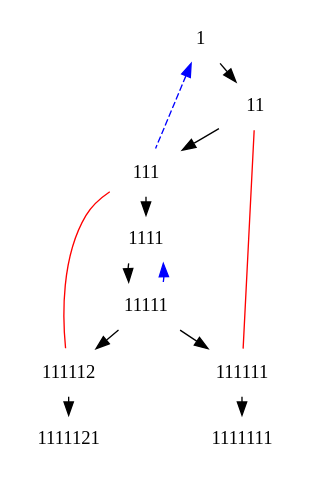
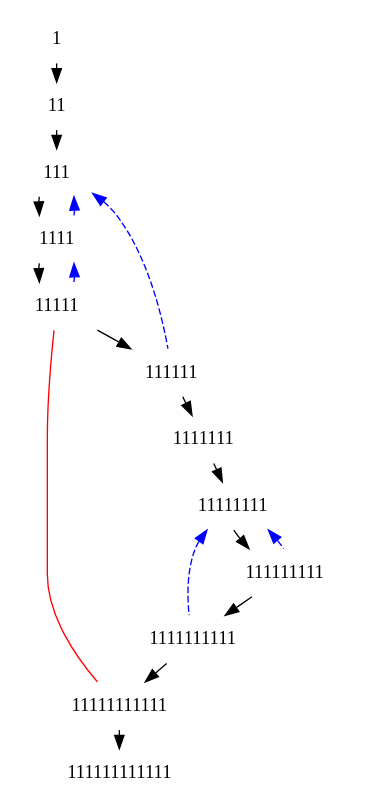
Before and after one commit to pshrey795/Explainable-FOL-Tableau: the diagram in tableau.dot, drawn with Graphviz. The commit also changed 1 other file, not shown here.

```diff
--- a/tableau.dot
+++ b/tableau.dot
@@ -1,34 +1,42 @@
 digraph{
 	nodesep = 0.5;
 	ranksep = 0.20;
 	node [shape=plaintext];
-	1 [texlbl="\underline{$\neg p(a()) \vee q(a())$ }"];
-	11 [texlbl="\underline{$\neg p(a())$ }"];
-	111 [texlbl="\underline{$\neg q(a())$ }"];
-	1111 [texlbl="\underline{$\forall x[p(x) \vee q(x)]$ }"];
-	11111 [texlbl="\underline{$p(a()) \vee q(a())$ }"];
-	111111 [texlbl="\underline{$p(a())$ }"];
-	1111111 [texlbl="\underline{$\bot$ }"];
-	111112 [texlbl="\underline{$q(a())$ }"];
-	1111121 [texlbl="\underline{$\bot$ }"];
+	1 [texlbl="\underline{$\neg q(B())$ }"];
+	11 [texlbl="\underline{$p(A())$ }"];
+	111 [texlbl="\underline{$\forall x[p(x) \wedge \neg p(H())]$ }"];
+	1111 [texlbl="\underline{$p(A()) \wedge \neg p(H())$ }"];
+	11111 [texlbl="\underline{$\neg p(H())$ }"];
+	111111 [texlbl="\underline{$p(B()) \wedge \neg p(H())$ }"];
+	1111111 [texlbl="\underline{$p(B())$ }"];
+	11111111 [texlbl="\underline{$\forall x[p(x) \wedge \neg p(H())]$ }"];
+	111111111 [texlbl="\underline{$p(B()) \wedge \neg p(H())$ }"];
+	1111111111 [texlbl="\underline{$p(H()) \wedge \neg p(H())$ }"];
+	11111111111 [texlbl="\underline{$p(H())$ }"];
+	111111111111 [texlbl="\underline{$\bot$ }"];
 	subgraph dir{
 		1 -> 11;
 		11 -> 111;
 		111 -> 1111;
 		1111 -> 11111;
 		11111 -> 111111;
-		11111 -> 111112;
 		111111 -> 1111111;
-		111112 -> 1111121;
+		1111111 -> 11111111;
+		11111111 -> 111111111;
+		111111111 -> 1111111111;
+		1111111111 -> 11111111111;
+		11111111111 -> 111111111111;
 	}
 	subgraph ancestor{
 		edge [dir=back, color=blue style=dashed];
-		1 -> 111;
+		111 -> 1111;
 		1111 -> 11111;
+		111 -> 111111;
+		11111111 -> 111111111;
+		11111111 -> 1111111111;
 	}
 	subgraph undir{
 		edge [dir=none, color=red];
-		111111 -> 11;
-		111112 -> 111;
+		11111111111 -> 11111;
 	}
 }
```
